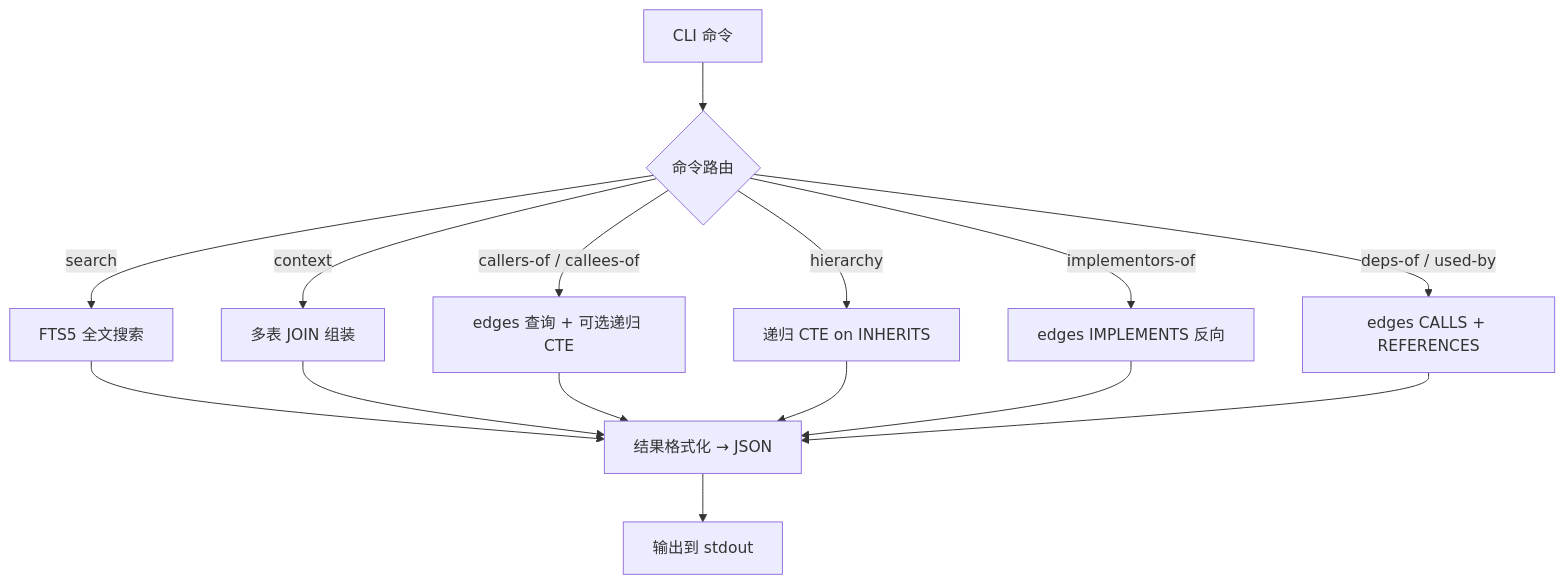
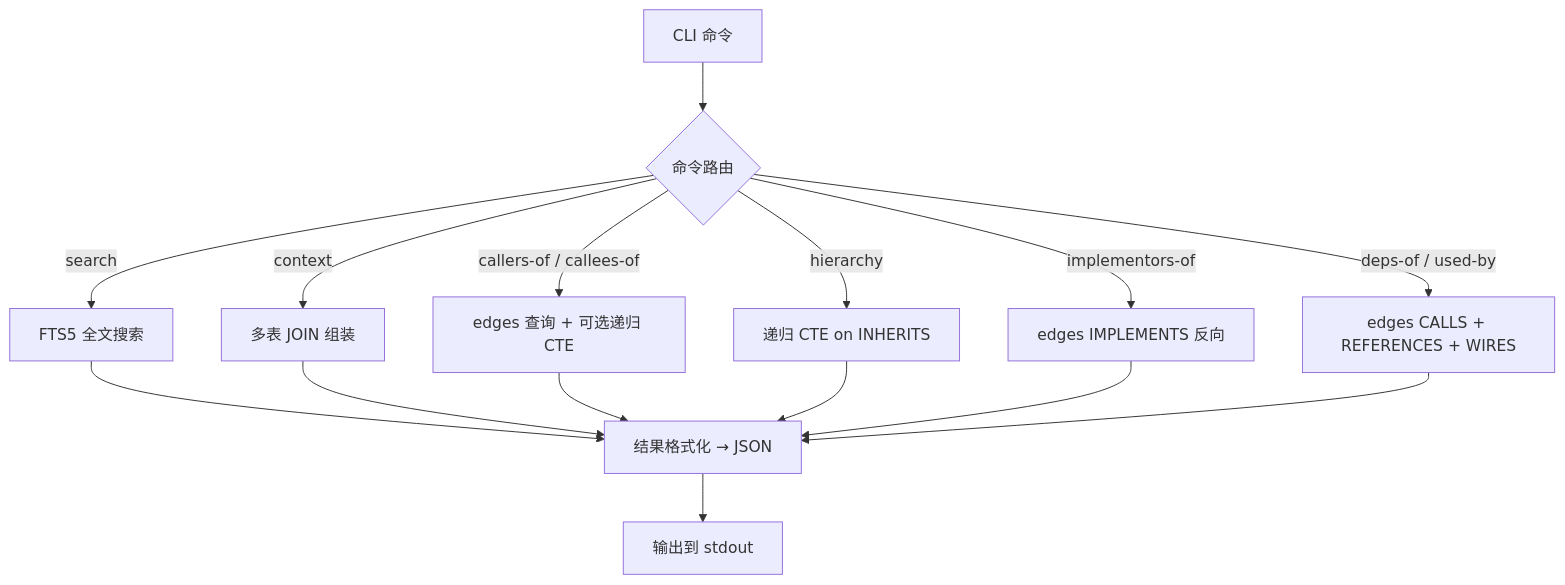
The diagram in docs/scenario-2-query.md (stream-iori/anatomist), drawn with Mermaid before and after one commit. The commit also changed other lines of this file and 34 other files, not shown here.

````diff
--- a/docs/scenario-2-query.md
+++ b/docs/scenario-2-query.md
@@ -52,20 +52,20 @@
 ```mermaid
 flowchart TD
     INPUT["CLI 命令"] --> ROUTER{"命令路由"}
 
     ROUTER -->|search| FTS5_QUERY["FTS5 全文搜索"]
     ROUTER -->|context| CONTEXT_QUERY["多表 JOIN 组装"]
     ROUTER -->|callers-of / callees-of| CALL_QUERY["edges 查询 + 可选递归 CTE"]
     ROUTER -->|hierarchy| HIER_QUERY["递归 CTE on INHERITS"]
     ROUTER -->|implementors-of| IMPL_QUERY["edges IMPLEMENTS 反向"]
-    ROUTER -->|deps-of / used-by| DEP_QUERY["edges CALLS + REFERENCES"]
+    ROUTER -->|deps-of / used-by| DEP_QUERY["edges CALLS + REFERENCES + WIRES"]
 
     FTS5_QUERY --> FORMAT["结果格式化 → JSON"]
     CONTEXT_QUERY --> FORMAT
     CALL_QUERY --> FORMAT
     HIER_QUERY --> FORMAT
     IMPL_QUERY --> FORMAT
     DEP_QUERY --> FORMAT
 
     FORMAT --> OUTPUT["输出到 stdout"]
 ```
````
